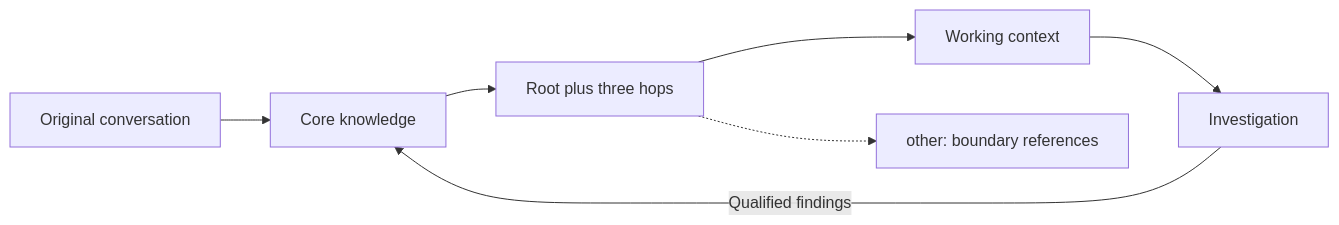
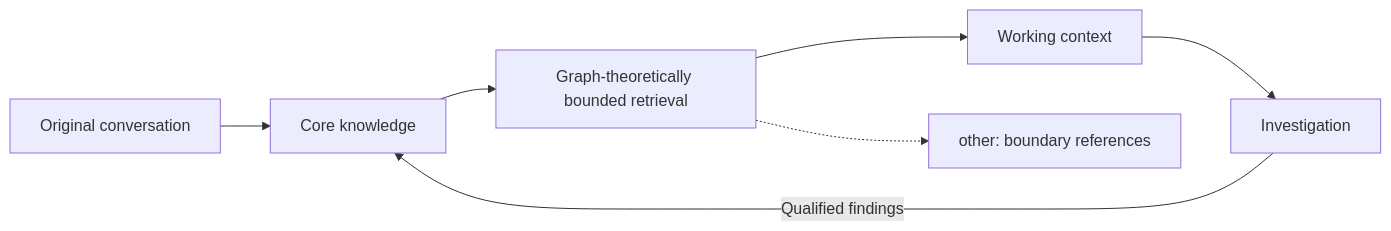
One commit to l00p3rl00p/barely-passable-ai-stuff changed the fifth of 6 diagrams in knowledge-positions/research/paper.md. Above: the diagram before and after it, drawn with Mermaid. The commit also changed other lines of this file, not shown here.

Commit message:
Update paper and architecture views for touch budget and adaptive retrieval

````diff
--- a/knowledge-positions/research/paper.md
+++ b/knowledge-positions/research/paper.md
@@ -497,9 +497,9 @@
 ```mermaid
 flowchart LR
   C[Original conversation] --> K[Core knowledge]
-  K --> R[Root plus three hops]
+  K --> R[Graph-theoretically bounded retrieval]
   R --> W[Working context]
   W --> A[Investigation]
   A -->|Qualified findings| K
   R -.-> O[other: boundary references]
 ```
````
